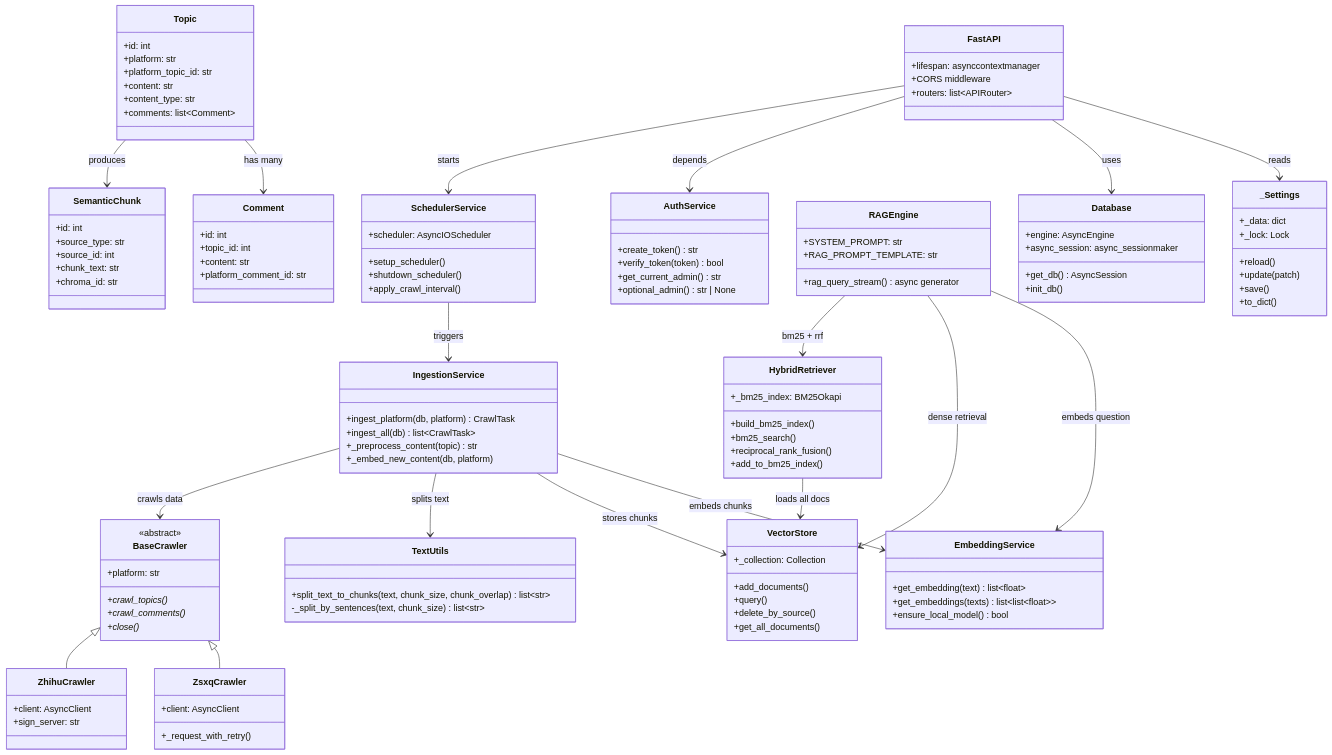
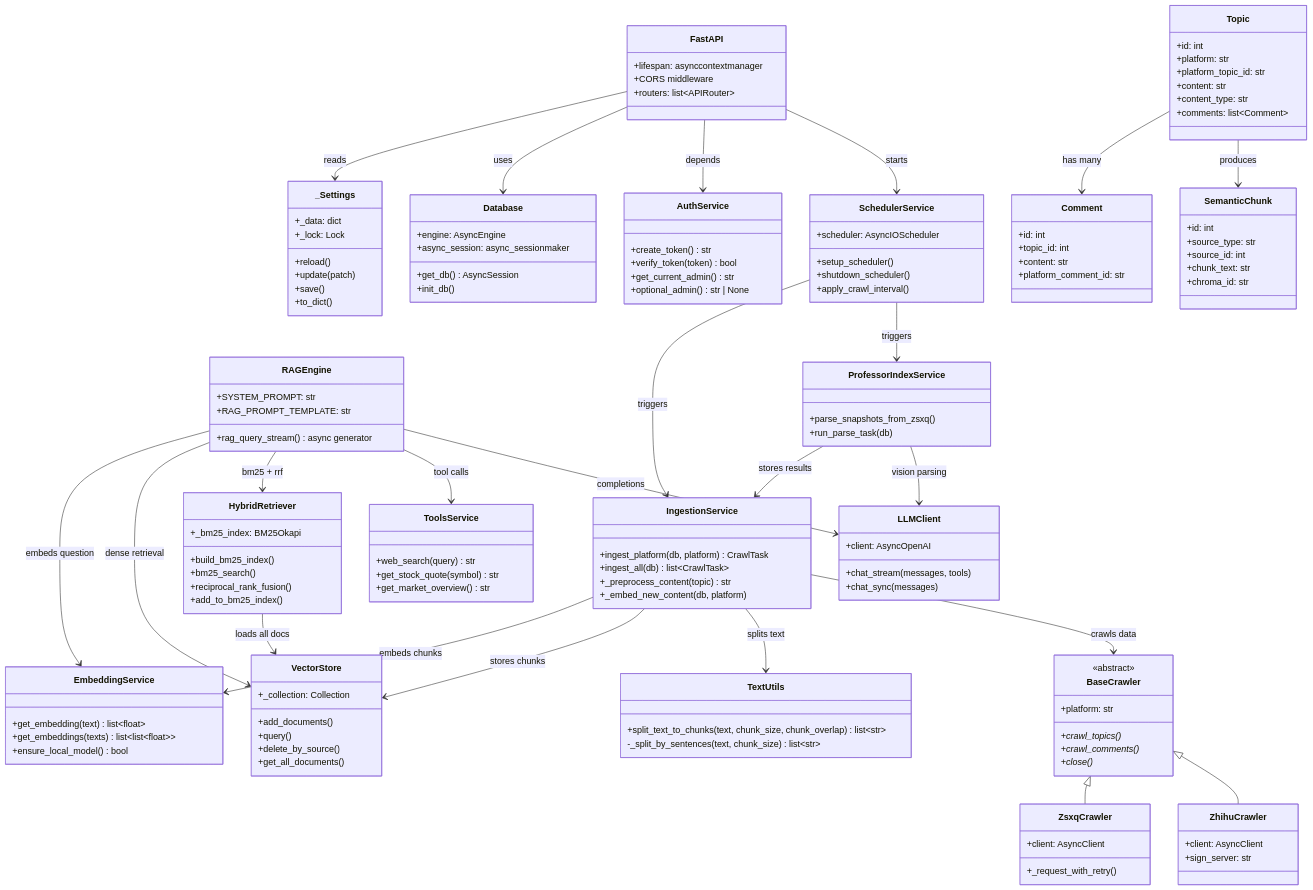
Before and after one commit to XUranus/dungeon: the fourth of 4 diagrams in docs/docs/architecture/backend.mdx, drawn with Mermaid. The commit also changed other lines of this file and 75 other files, not shown here.

```diff
--- a/docs/docs/architecture/backend.mdx
+++ b/docs/docs/architecture/backend.mdx
@@ -503,6 +704,23 @@
         +sign_server: str
     }
 
+    class ToolsService {
+        +web_search(query) str
+        +get_stock_quote(symbol) str
+        +get_market_overview() str
+    }
+
+    class LLMClient {
+        +client: AsyncOpenAI
+        +chat_stream(messages, tools)
+        +chat_sync(messages)
+    }
+
+    class ProfessorIndexService {
+        +parse_snapshots_from_zsxq()
+        +run_parse_task(db)
+    }
+
     class SchedulerService {
         +scheduler: AsyncIOScheduler
         +setup_scheduler()
@@ -530,6 +748,8 @@
     RAGEngine --> EmbeddingService : embeds question
     RAGEngine --> VectorStore : dense retrieval
     RAGEngine --> HybridRetriever : bm25 + rrf
+    RAGEngine --> ToolsService : tool calls
+    RAGEngine --> LLMClient : completions
 
     HybridRetriever --> VectorStore : loads all docs
 
@@ -538,10 +758,14 @@
     IngestionService --> TextUtils : splits text
     IngestionService --> BaseCrawler : crawls data
 
+    ProfessorIndexService --> IngestionService : stores results
+    ProfessorIndexService --> LLMClient : vision parsing
+
     BaseCrawler <|-- ZsxqCrawler
     BaseCrawler <|-- ZhihuCrawler
 
     SchedulerService --> IngestionService : triggers
+    SchedulerService --> ProfessorIndexService : triggers
 
     Topic --> Comment : has many
     Topic --> SemanticChunk : produces
```
